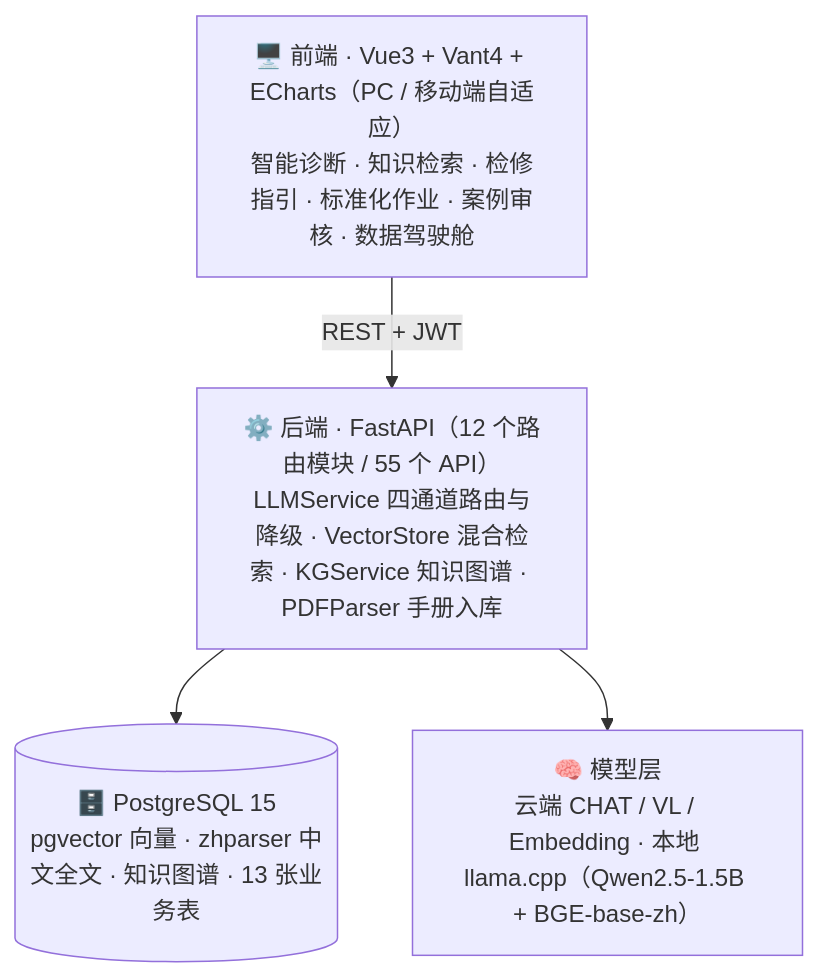
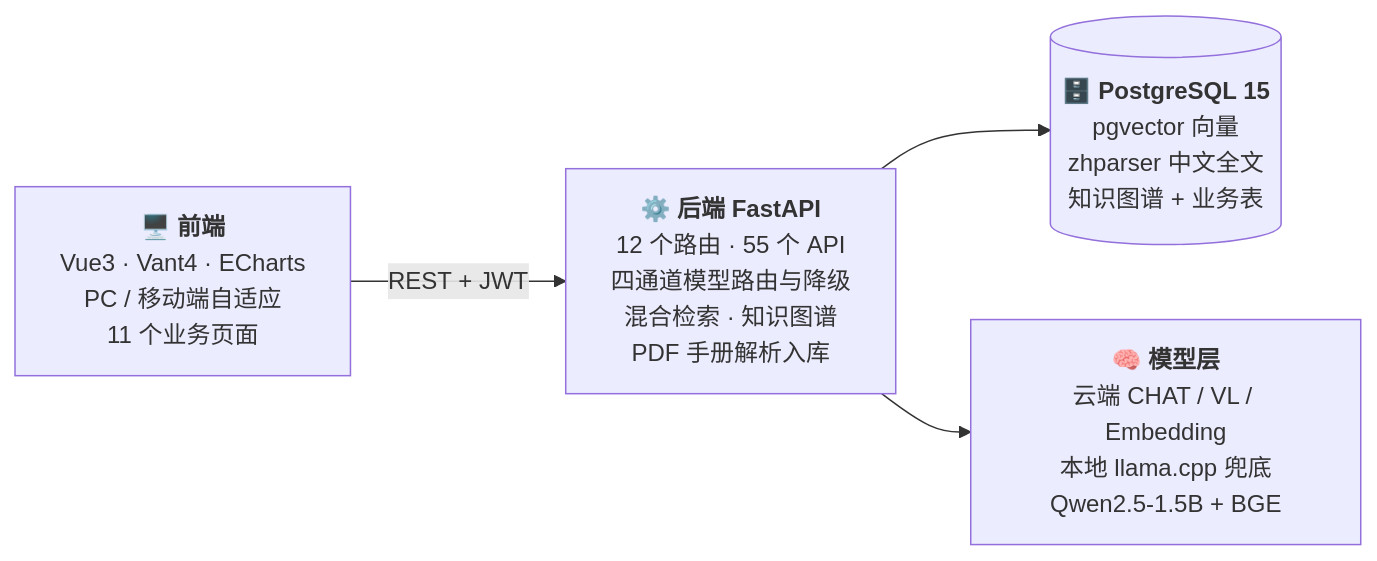
The second of 2 diagrams in README.md (Could-Yun/repair-knowledge-system), drawn with Mermaid before and after one commit.

Commit message:
docs: 调整 README 架构图版式

````diff
--- a/README.md
+++ b/README.md
@@ -114,10 +114,10 @@
 ```mermaid
-flowchart TB
-    A["🖥️ 前端 · Vue3 + Vant4 + ECharts（PC / 移动端自适应）<br/>智能诊断 · 知识检索 · 检修指引 · 标准化作业 · 案例审核 · 数据驾驶舱"]
-    B["⚙️ 后端 · FastAPI（12 个路由模块 / 55 个 API）<br/>LLMService 四通道路由与降级 · VectorStore 混合检索 · KGService 知识图谱 · PDFParser 手册入库"]
-    C[("🗄️ PostgreSQL 15<br/>pgvector 向量 · zhparser 中文全文 · 知识图谱 · 13 张业务表")]
-    D["🧠 模型层<br/>云端 CHAT / VL / Embedding · 本地 llama.cpp（Qwen2.5-1.5B + BGE-base-zh）"]
+flowchart LR
+    A["<b>🖥️ 前端</b><br/>Vue3 · Vant4 · ECharts<br/>PC / 移动端自适应<br/>11 个业务页面"]
+    B["<b>⚙️ 后端 FastAPI</b><br/>12 个路由 · 55 个 API<br/>四通道模型路由与降级<br/>混合检索 · 知识图谱<br/>PDF 手册解析入库"]
+    C[("<b>🗄️ PostgreSQL 15</b><br/>pgvector 向量<br/>zhparser 中文全文<br/>知识图谱 + 业务表")]
+    D["<b>🧠 模型层</b><br/>云端 CHAT / VL / Embedding<br/>本地 llama.cpp 兜底<br/>Qwen2.5-1.5B + BGE"]
     A -->|REST + JWT| B
     B --> C
     B --> D
 ```
````
